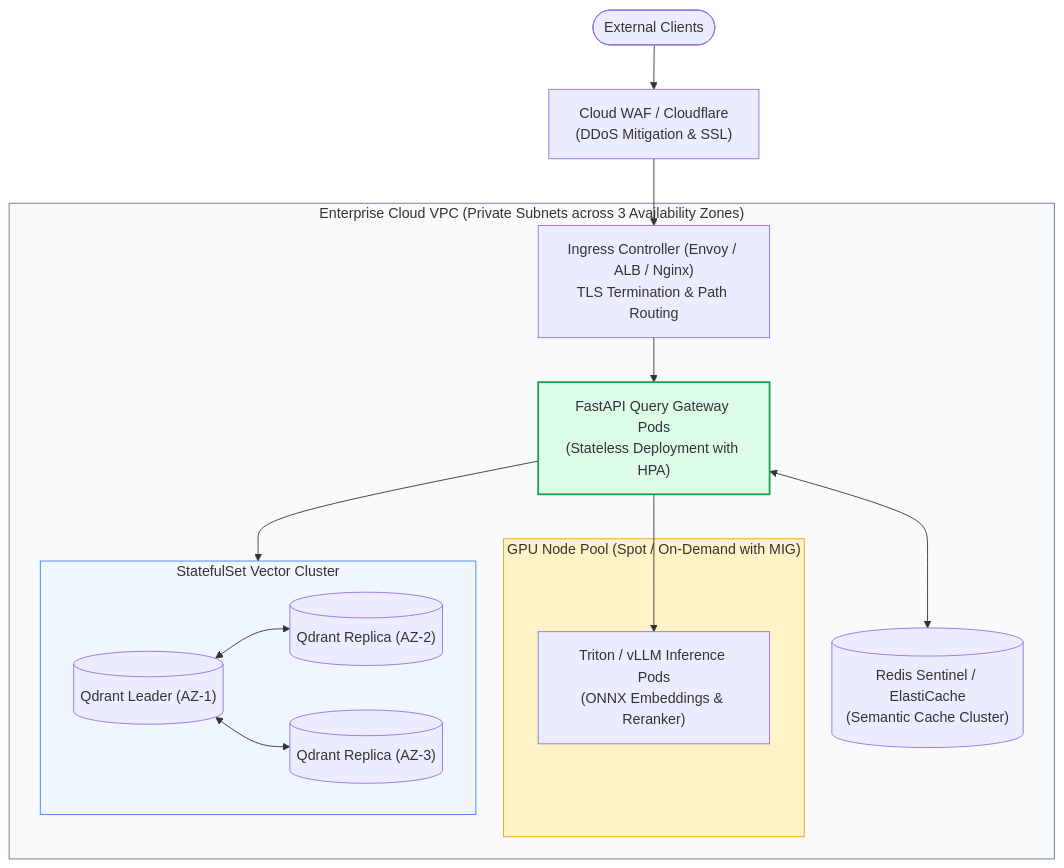
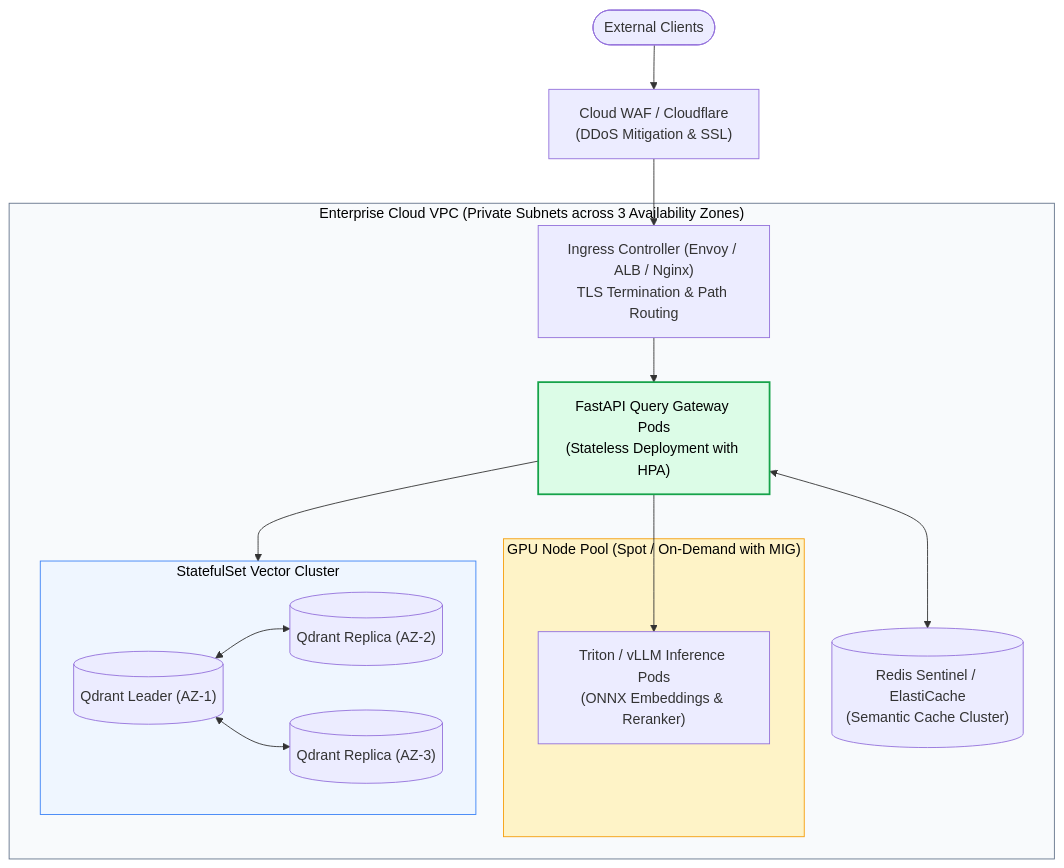
The first of 3 diagrams in 09-RAG-Deployment-and-Production/Cloud-Deployment.md (swapnil3104/RAG-Engineering), drawn with Mermaid before and after one commit. The commit also changed other lines of this file and 108 other files, not shown here.

Commit message:
fix: make chart text visible across all Mermaid diagrams and resolve markdown table formatting issues

````diff
--- a/09-RAG-Deployment-and-Production/Cloud-Deployment.md
+++ b/09-RAG-Deployment-and-Production/Cloud-Deployment.md
@@ -26,30 +26,30 @@
 ```mermaid
 flowchart TD
     Internet([External Clients]) --> WAF["Cloud WAF / Cloudflare<br/>(DDoS Mitigation & SSL)"]
     WAF --> Ingress["Ingress Controller (Envoy / ALB / Nginx)<br/>TLS Termination & Path Routing"]
     
     subgraph VPC ["Enterprise Cloud VPC (Private Subnets across 3 Availability Zones)"]
         Ingress --> K8sGateway["FastAPI Query Gateway Pods<br/>(Stateless Deployment with HPA)"]
         
         K8sGateway <--> RedisCluster[("Redis Sentinel / ElastiCache<br/>(Semantic Cache Cluster)")]
         
         subgraph GPUNodes ["GPU Node Pool (Spot / On-Demand with MIG)"]
             Triton["Triton / vLLM Inference Pods<br/>(ONNX Embeddings & Reranker)"]
         end
         
         subgraph StatefulVDB ["StatefulSet Vector Cluster"]
             Qdrant1[("Qdrant Leader (AZ-1)")]
             Qdrant2[("Qdrant Replica (AZ-2)")]
             Qdrant3[("Qdrant Replica (AZ-3)")]
             Qdrant1 <--> Qdrant2 & Qdrant3
         end
         
         K8sGateway --> Triton
         K8sGateway --> StatefulVDB
     end
 
-    style VPC fill:#f8fafc,stroke:#64748b
-    style GPUNodes fill:#fef3c7,stroke:#f59e0b
-    style StatefulVDB fill:#eff6ff,stroke:#3b82f6
-    style K8sGateway fill:#dcfce7,stroke:#16a34a,stroke-width:2px
+    style VPC fill:#f8fafc,stroke:#64748b,color:#000000
+    style GPUNodes fill:#fef3c7,stroke:#f59e0b,color:#000000
+    style StatefulVDB fill:#eff6ff,stroke:#3b82f6,color:#000000
+    style K8sGateway fill:#dcfce7,stroke:#16a34a,stroke-width:2px,color:#000000
 ```
````
